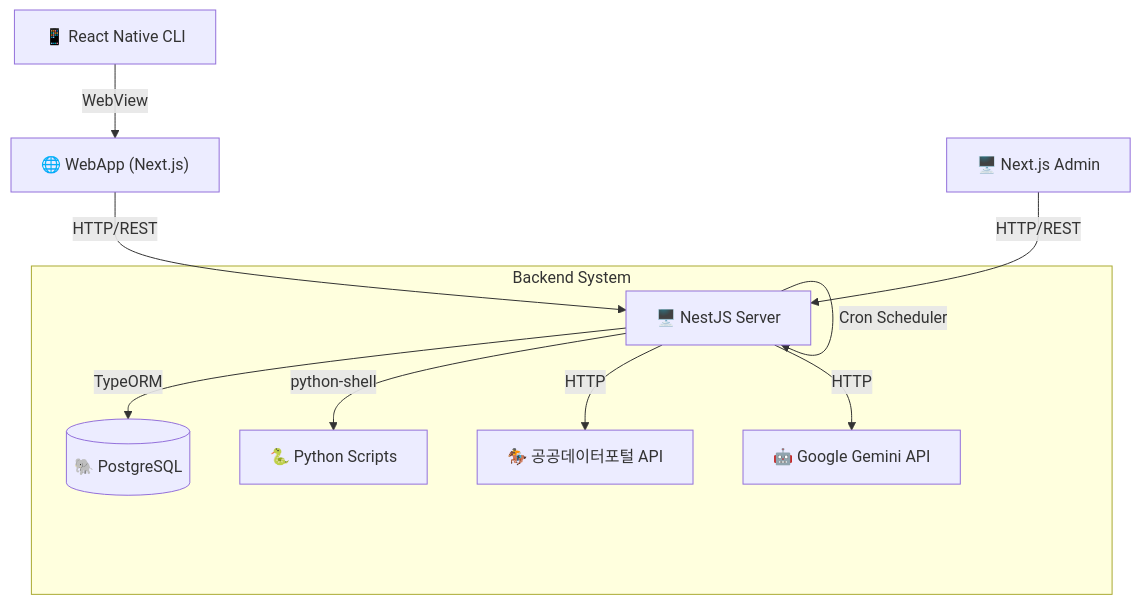
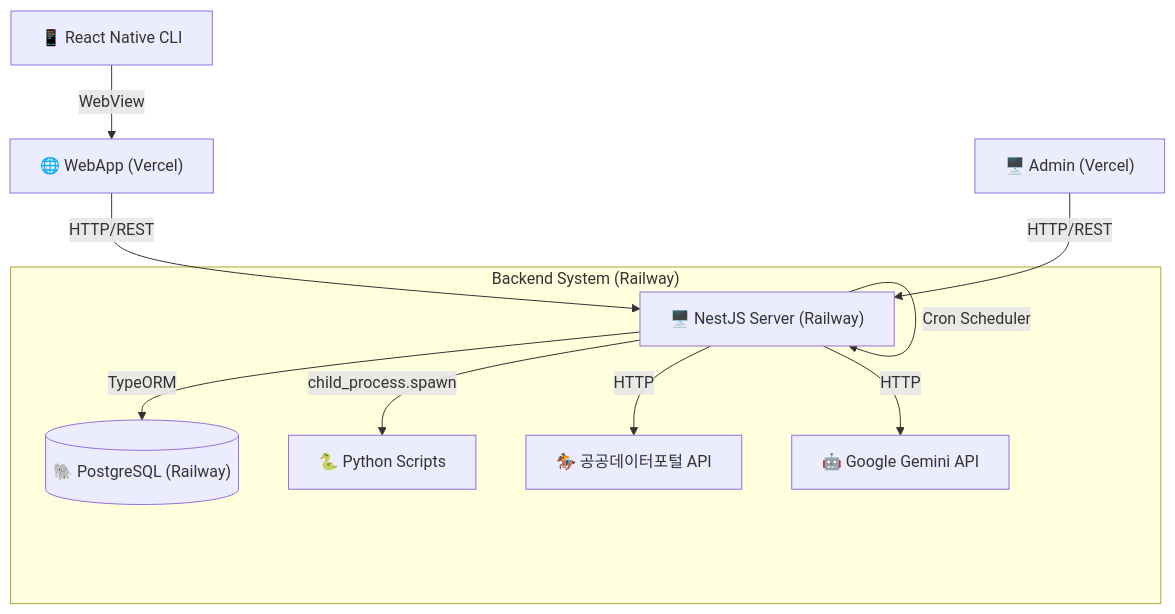
The first of 3 diagrams in docs/architecture/ARCHITECTURE.md (odds-center/oddscast), drawn with Mermaid before and after one commit. The commit also changed other lines of this file and 2 other files, not shown here.

First line of the commit message:
docs: update CLAUDE.md, TODO, ARCHITECTURE with deployment info and recent changes

````diff
--- a/docs/architecture/ARCHITECTURE.md
+++ b/docs/architecture/ARCHITECTURE.md
@@ -11,14 +11,14 @@
 ```mermaid
 graph TD
-    Mobile["📱 React Native CLI"] -->|WebView| WebApp["🌐 WebApp (Next.js)"]
-    WebApp -->|HTTP/REST| Server["🖥️ NestJS Server"]
-    Admin["🖥️ Next.js Admin"] -->|HTTP/REST| Server
+    Mobile["📱 React Native CLI"] -->|WebView| WebApp["🌐 WebApp (Vercel)"]
+    WebApp -->|HTTP/REST| Server["🖥️ NestJS Server (Railway)"]
+    Admin["🖥️ Admin (Vercel)"] -->|HTTP/REST| Server
 
-    subgraph "Backend System"
-        Server -->|TypeORM| DB[("🐘 PostgreSQL")]
-        Server -->|python-shell| Python["🐍 Python Scripts"]
+    subgraph "Backend System (Railway)"
+        Server -->|TypeORM| DB[("🐘 PostgreSQL (Railway)")]
+        Server -->|child_process.spawn| Python["🐍 Python Scripts"]
         Server -->|HTTP| KRA["🏇 공공데이터포털 API"]
         Server -->|HTTP| Gemini["🤖 Google Gemini API"]
         Server -->|Cron Scheduler| Server
     end
 ```
````
